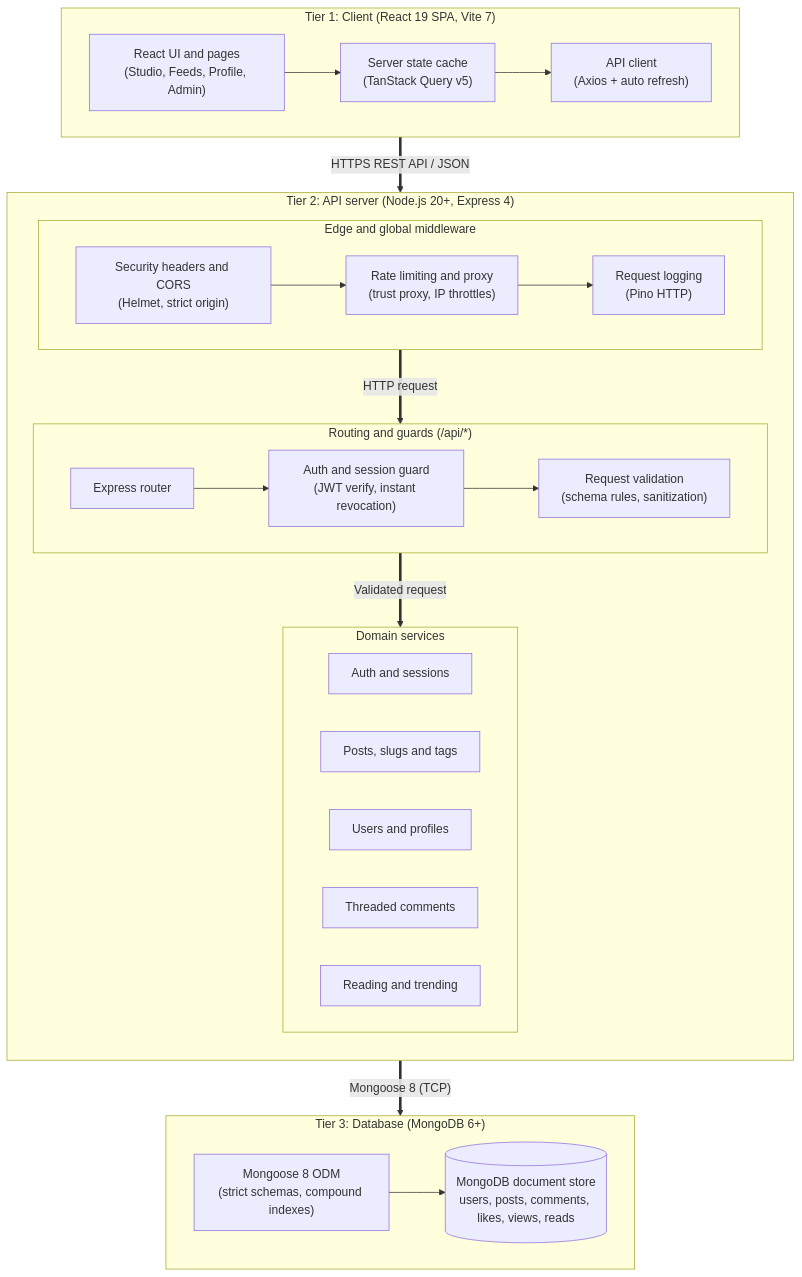
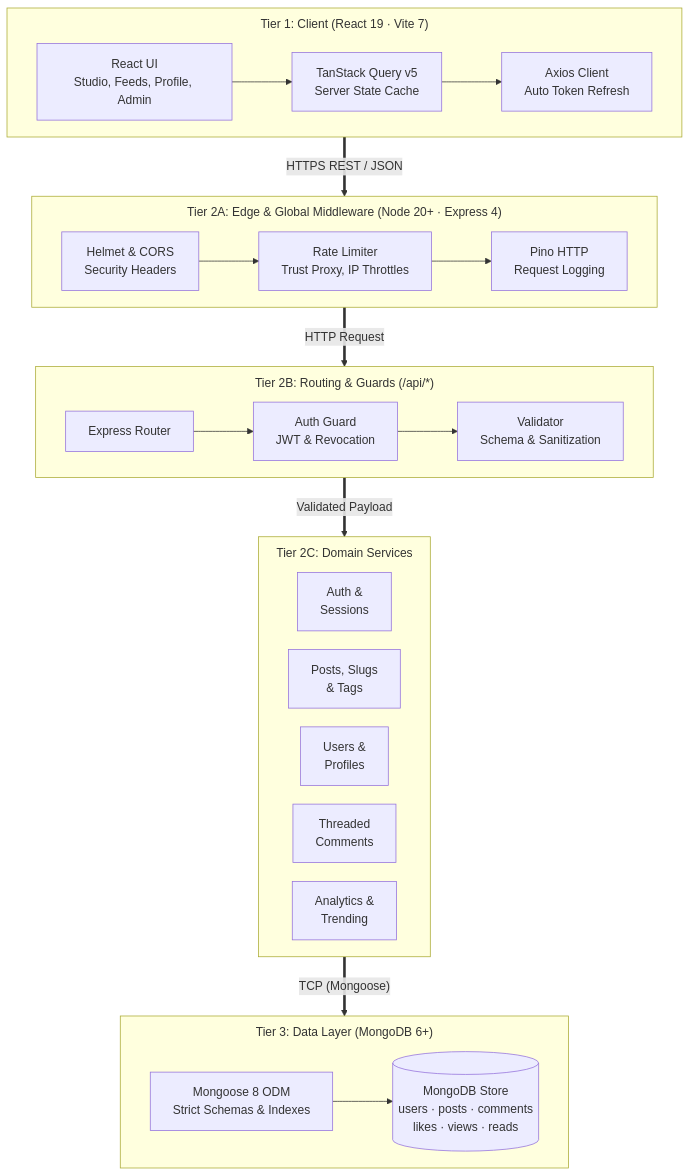
The diagram in ARCHITECTURE.md (Purvesh-PJ/bloghub), drawn with Mermaid before and after one commit. The commit also changed 3 other files, not shown here.

Commit message:
docs: add focused DATABASE guide and standardize DATA_MODEL naming

````diff
--- a/ARCHITECTURE.md
+++ b/ARCHITECTURE.md
@@ -23,53 +23,48 @@
 ```mermaid
-flowchart TD
-    subgraph Tier1["Tier 1: Client (React 19 SPA, Vite 7)"]
+%%{init: {'flowchart': {'nodeSpacing': 25, 'rankSpacing': 55, 'subGraphTitleMargin': {'top': 10, 'bottom': 15}}}}%%
+flowchart TB
+    subgraph T1 ["Tier 1: Client (React 19 · Vite 7)"]
         direction LR
-        UI["React UI and pages<br/>(Studio, Feeds, Profile, Admin)"]
-        Cache["Server state cache<br/>(TanStack Query v5)"]
-        Http["API client<br/>(Axios + auto refresh)"]
+        UI["React UI<br/>Studio, Feeds, Profile, Admin"]
+        Cache["TanStack Query v5<br/>Server State Cache"]
+        Http["Axios Client<br/>Auto Token Refresh"]
         UI --> Cache --> Http
     end
 
-    Http ==>|"HTTPS REST API / JSON"| Ingress
-
-    subgraph Tier2["Tier 2: API server (Node.js 20+, Express 4)"]
-        direction TB
-
-        subgraph IngressPipeline["Edge and global middleware"]
-            direction LR
-            Ingress["Security headers and CORS<br/>(Helmet, strict origin)"]
-            RateLimit["Rate limiting and proxy<br/>(trust proxy, IP throttles)"]
-            Logging["Request logging<br/>(Pino HTTP)"]
-            Ingress --> RateLimit --> Logging
-        end
-
-        subgraph RoutingGuards["Routing and guards (/api/*)"]
-            direction LR
-            Router["Express router"]
-            AuthGuard["Auth and session guard<br/>(JWT verify, instant revocation)"]
-            Validation["Request validation<br/>(schema rules, sanitization)"]
-            Router --> AuthGuard --> Validation
-        end
-
-        subgraph DomainServices["Domain services"]
-            direction LR
-            AuthSvc["Auth and sessions"]
-            PostSvc["Posts, slugs and tags"]
-            UserSvc["Users and profiles"]
-            CommentSvc["Threaded comments"]
-            AnalyticsSvc["Reading and trending"]
-        end
-
-        Logging ==>|"HTTP request"| Router
-        Validation ==>|"Validated request"| DomainServices
+    subgraph Edge ["Tier 2A: Edge & Global Middleware (Node 20+ · Express 4)"]
+        direction LR
+        Ingress["Helmet & CORS<br/>Security Headers"]
+        Rate["Rate Limiter<br/>Trust Proxy, IP Throttles"]
+        Log["Pino HTTP<br/>Request Logging"]
+        Ingress --> Rate --> Log
     end
 
-    DomainServices ==>|"Mongoose 8 (TCP)"| ODM
+    subgraph Guards ["Tier 2B: Routing & Guards (/api/*)"]
+        direction LR
+        Router["Express Router"]
+        Auth["Auth Guard<br/>JWT & Revocation"]
+        Val["Validator<br/>Schema & Sanitization"]
+        Router --> Auth --> Val
+    end
 
-    subgraph Tier3["Tier 3: Database (MongoDB 6+)"]
+    subgraph Services ["Tier 2C: Domain Services"]
         direction LR
-        ODM["Mongoose 8 ODM<br/>(strict schemas, compound indexes)"]
-        DB[("MongoDB document store<br/>users, posts, comments, likes, views, reads")]
+        S1["Auth &<br/>Sessions"]
+        S2["Posts, Slugs<br/>& Tags"]
+        S3["Users &<br/>Profiles"]
+        S4["Threaded<br/>Comments"]
+        S5["Analytics &<br/>Trending"]
+    end
+
+    subgraph T3 ["Tier 3: Data Layer (MongoDB 6+)"]
+        direction LR
+        ODM["Mongoose 8 ODM<br/>Strict Schemas & Indexes"]
+        DB[("MongoDB Store<br/>users · posts · comments<br/>likes · views · reads")]
         ODM --> DB
     end
+
+    T1 ==>|"HTTPS REST / JSON"| Edge
+    Edge ==>|"HTTP Request"| Guards
+    Guards ==>|"Validated Payload"| Services
+    Services ==>|"TCP (Mongoose)"| T3
 ```
````
